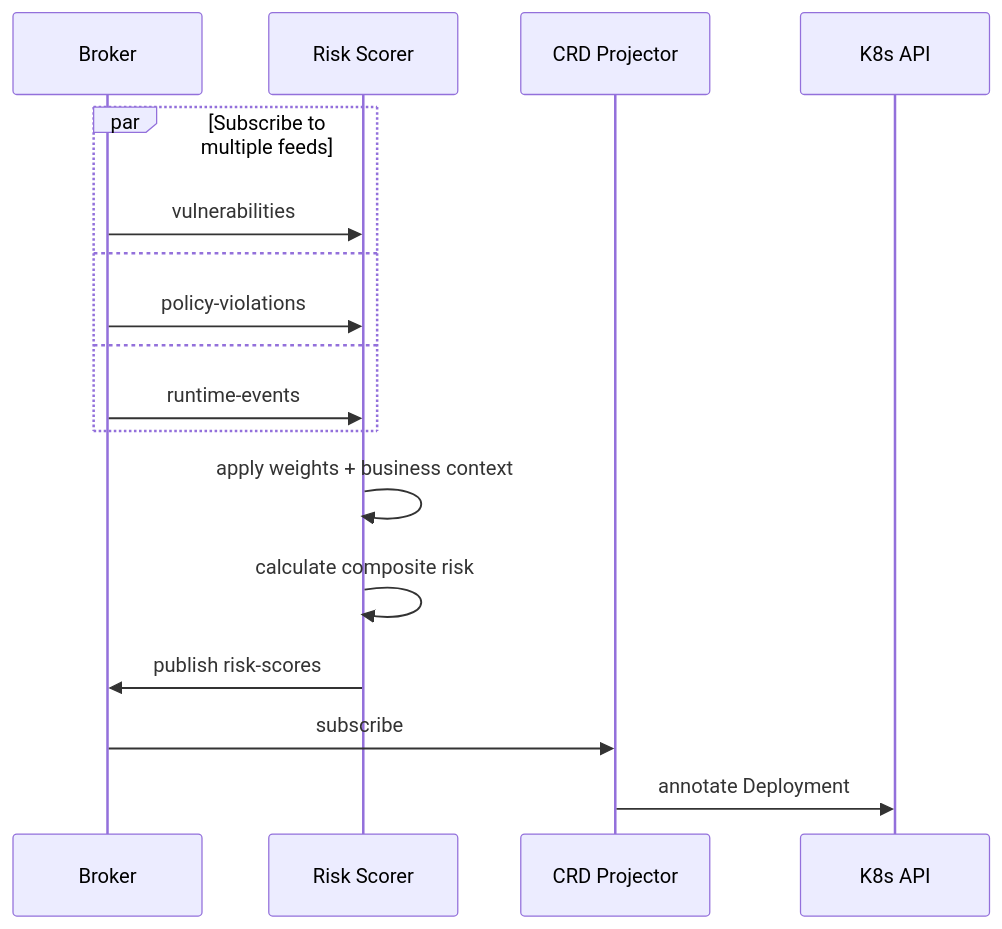
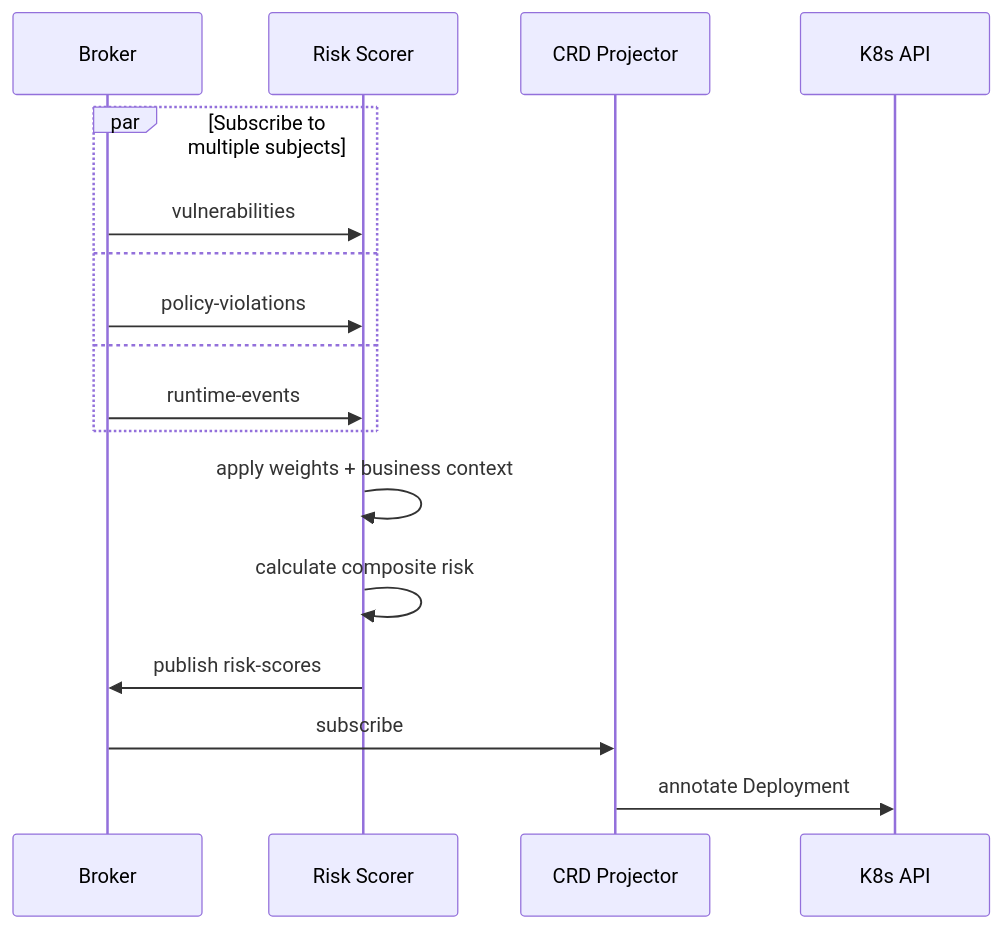
One commit to kylape/acs-next changed the fourth of 5 diagrams in docs/architecture/README.md. Above: the diagram before and after it, drawn with Mermaid. The commit also changed other lines of this file and 5 other files, not shown here.

````diff
--- a/docs/architecture/README.md
+++ b/docs/architecture/README.md
@@ -176,21 +176,21 @@
 ```mermaid
 sequenceDiagram
     participant Broker
     participant Risk Scorer
     participant CRD Projector
     participant K8s API
 
-    par Subscribe to multiple feeds
+    par Subscribe to multiple subjects
         Broker->>Risk Scorer: vulnerabilities
     and
         Broker->>Risk Scorer: policy-violations
     and
         Broker->>Risk Scorer: runtime-events
     end
 
     Risk Scorer->>Risk Scorer: apply weights + business context
     Risk Scorer->>Risk Scorer: calculate composite risk
     Risk Scorer->>Broker: publish risk-scores
     Broker->>CRD Projector: subscribe
     CRD Projector->>K8s API: annotate Deployment
 ```
````
